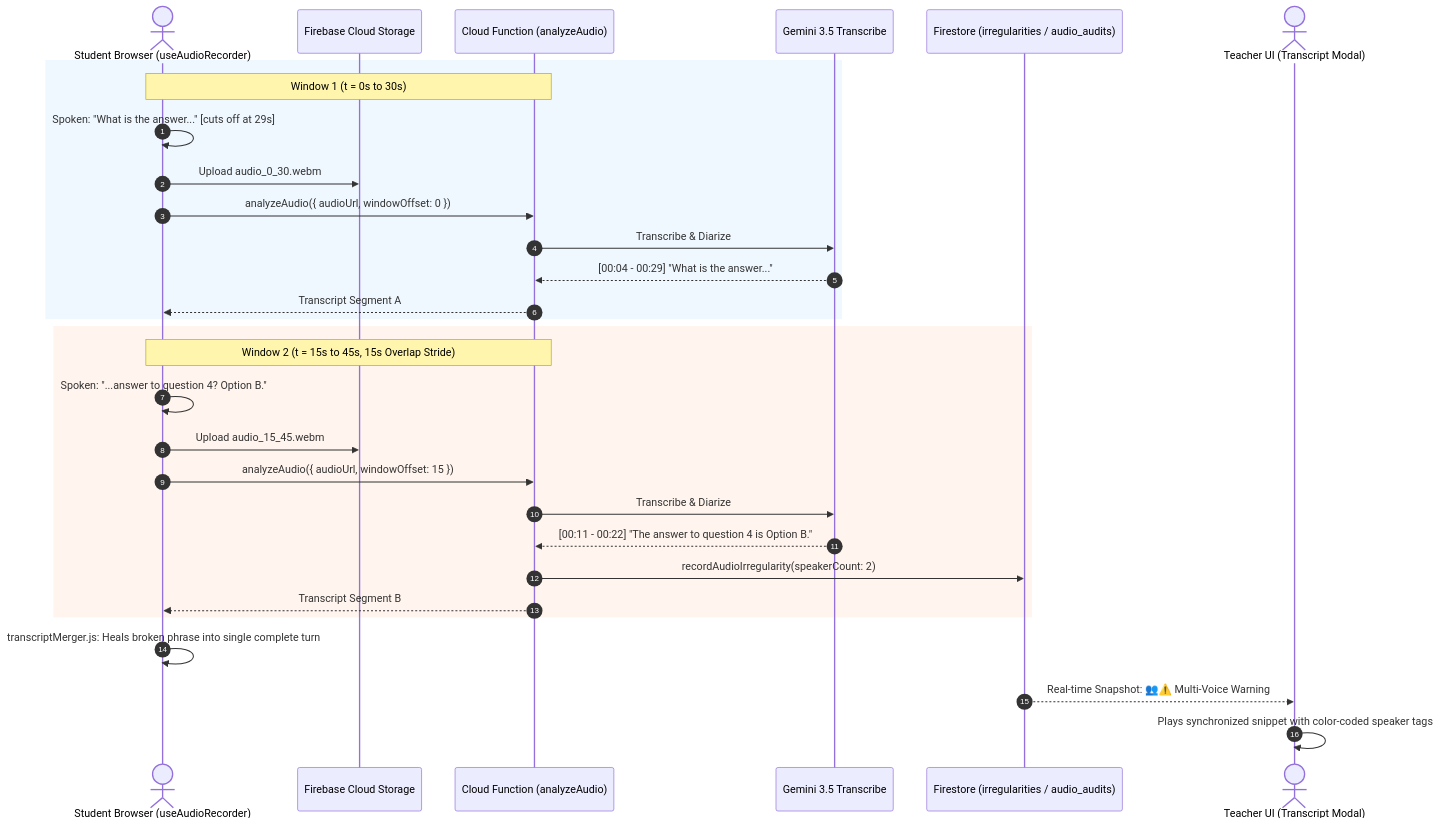
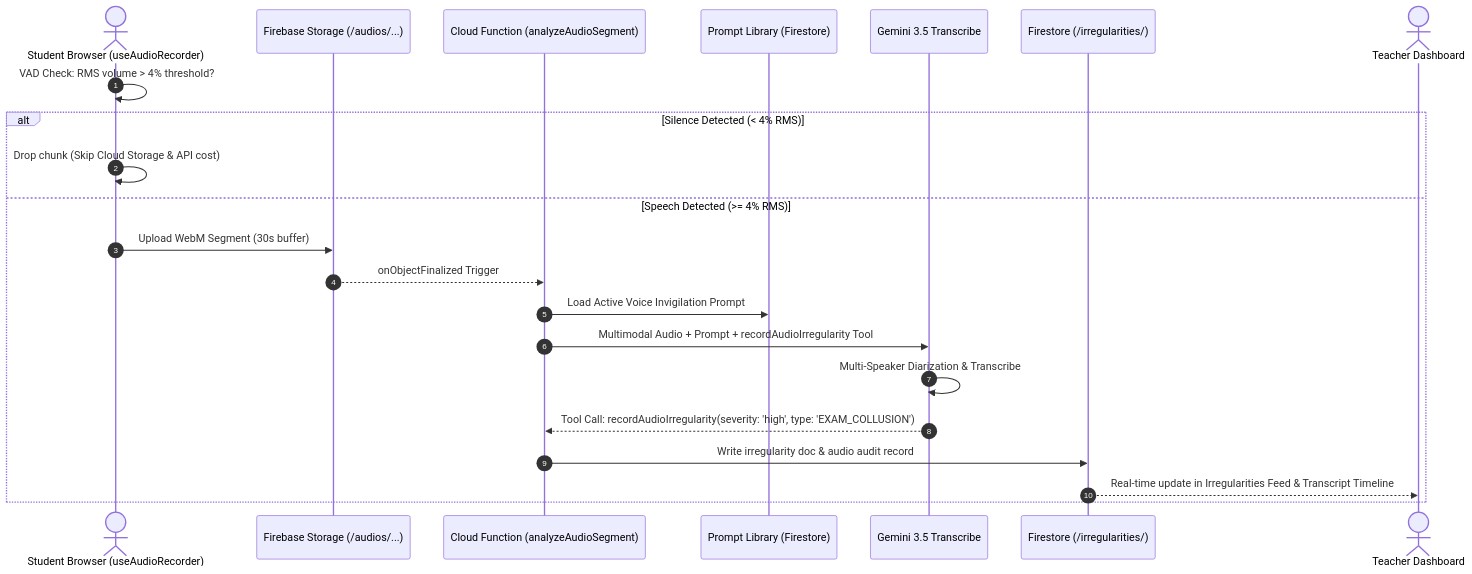
Before and after one commit to wongcyrus/Gemini-AI-Classroom-Assistant: the fourth of 6 diagrams in docs/audio-invigilation-and-transcription.md, drawn with Mermaid. The commit also changed other lines of this file and 22 other files, not shown here.

Commit message:
feat(voice-ai): add voice prompt selection modal, mustache placeholder interpolation, and client gemma structured irregularity handling

````diff
--- a/docs/audio-invigilation-and-transcription.md
+++ b/docs/audio-invigilation-and-transcription.md
@@ -90,35 +131,25 @@
 ```mermaid
 sequenceDiagram
     autonumber
     actor S as Student Browser (useAudioRecorder)
-    participant CS as Firebase Cloud Storage
-    participant CF as Cloud Function (analyzeAudio)
+    participant CS as Firebase Storage (/audios/...)
+    participant CF as Cloud Function (analyzeAudioSegment)
+    participant PL as Prompt Library (Firestore)
     participant G as Gemini 3.5 Transcribe
-    participant DB as Firestore (irregularities / audio_audits)
-    actor T as Teacher UI (Transcript Modal)
+    participant DB as Firestore (/irregularities/)
+    actor T as Teacher Dashboard
 
-    rect rgb(240, 248, 255)
-        Note over S,CF: Window 1 (t = 0s to 30s)
-        S->>S: Spoken: "What is the answer..." [cuts off at 29s]
-        S->>CS: Upload audio_0_30.webm
-        S->>CF: analyzeAudio({ audioUrl, windowOffset: 0 })
-        CF->>G: Transcribe & Diarize
-        G-->>CF: [00:04 - 00:29] "What is the answer..."
-        CF-->>S: Transcript Segment A
+    S->>S: VAD Check: RMS volume > 4% threshold?
+    alt Silence Detected (< 4% RMS)
+        S->>S: Drop chunk (Skip Cloud Storage & API cost)
+    else Speech Detected (>= 4% RMS)
+        S->>CS: Upload WebM Segment (30s buffer)
+        CS-->>CF: onObjectFinalized Trigger
+        CF->>PL: Load Active Voice Invigilation Prompt
+        CF->>G: Multimodal Audio + Prompt + recordAudioIrregularity Tool
+        G->>G: Multi-Speaker Diarization & Transcribe
+        G-->>CF: Tool Call: recordAudioIrregularity(severity: 'high', type: 'EXAM_COLLUSION')
+        CF->>DB: Write irregularity doc & audio audit record
+        DB-->>T: Real-time update in Irregularities Feed & Transcript Timeline
     end
-
-    rect rgb(255, 245, 238)
-        Note over S,CF: Window 2 (t = 15s to 45s, 15s Overlap Stride)
-        S->>S: Spoken: "...answer to question 4? Option B."
-        S->>CS: Upload audio_15_45.webm
-        S->>CF: analyzeAudio({ audioUrl, windowOffset: 15 })
-        CF->>G: Transcribe & Diarize
-        G-->>CF: [00:11 - 00:22] "The answer to question 4 is Option B."
-        CF->>DB: recordAudioIrregularity(speakerCount: 2)
-        CF-->>S: Transcript Segment B
-    end
-
-    S->>S: transcriptMerger.js: Heals broken phrase into single complete turn
-    DB-->>T: Real-time Snapshot: 👥⚠️ Multi-Voice Warning
-    T->>T: Plays synchronized snippet with color-coded speaker tags
 ```
````
